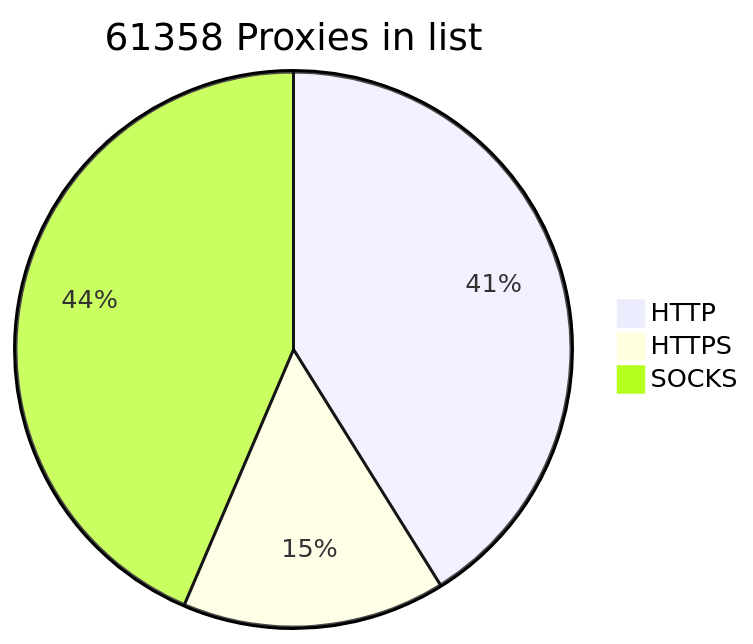
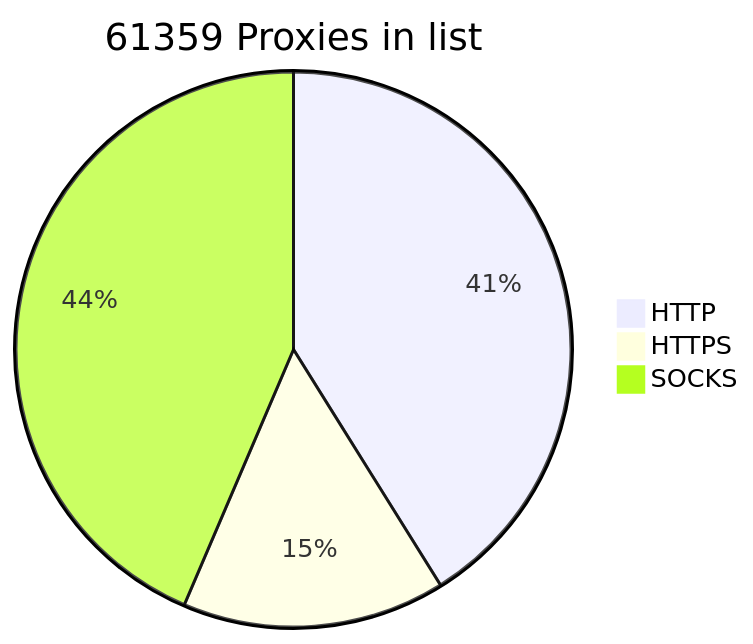
Before and after one commit to BlackSnowDot/proxylist-update-every-minute: the diagram in README.md, drawn with Mermaid.

````diff
--- a/README.md
+++ b/README.md
@@ -2,6 +2,6 @@
 ```mermaid
-pie title 61358 Proxies in list
-    "HTTP" : 28669
+pie title 61359 Proxies in list
+    "HTTP" : 28670
     "HTTPS": 10676
     "SOCKS" : 30376
 ```
````
